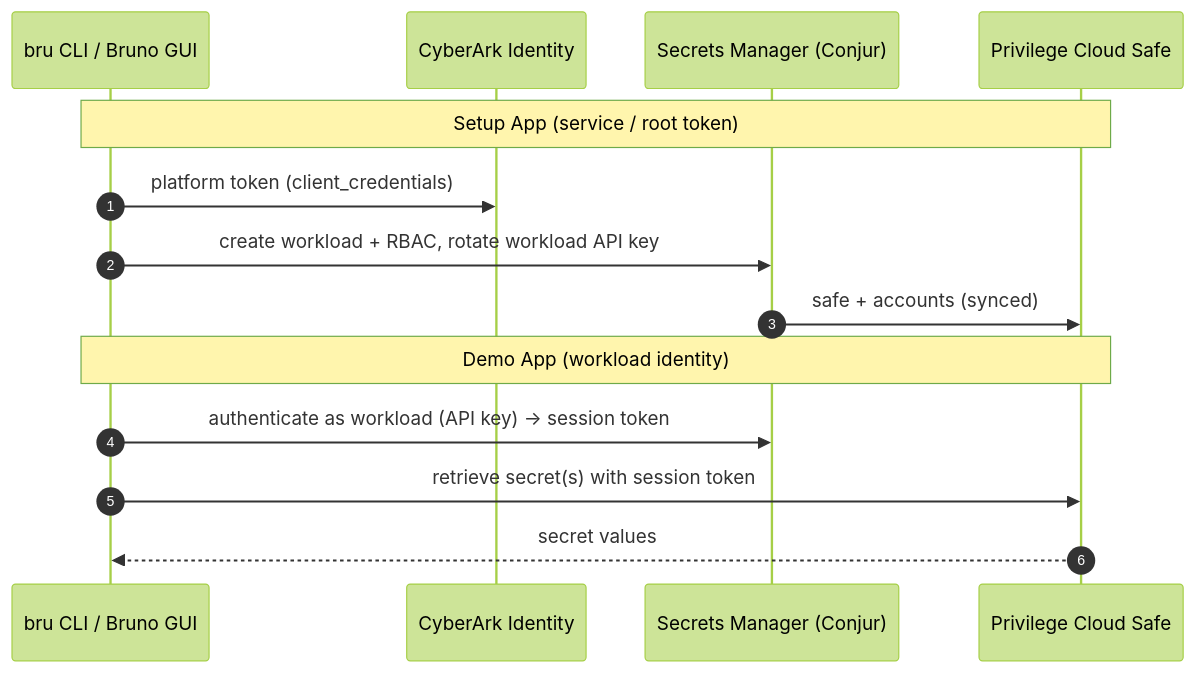
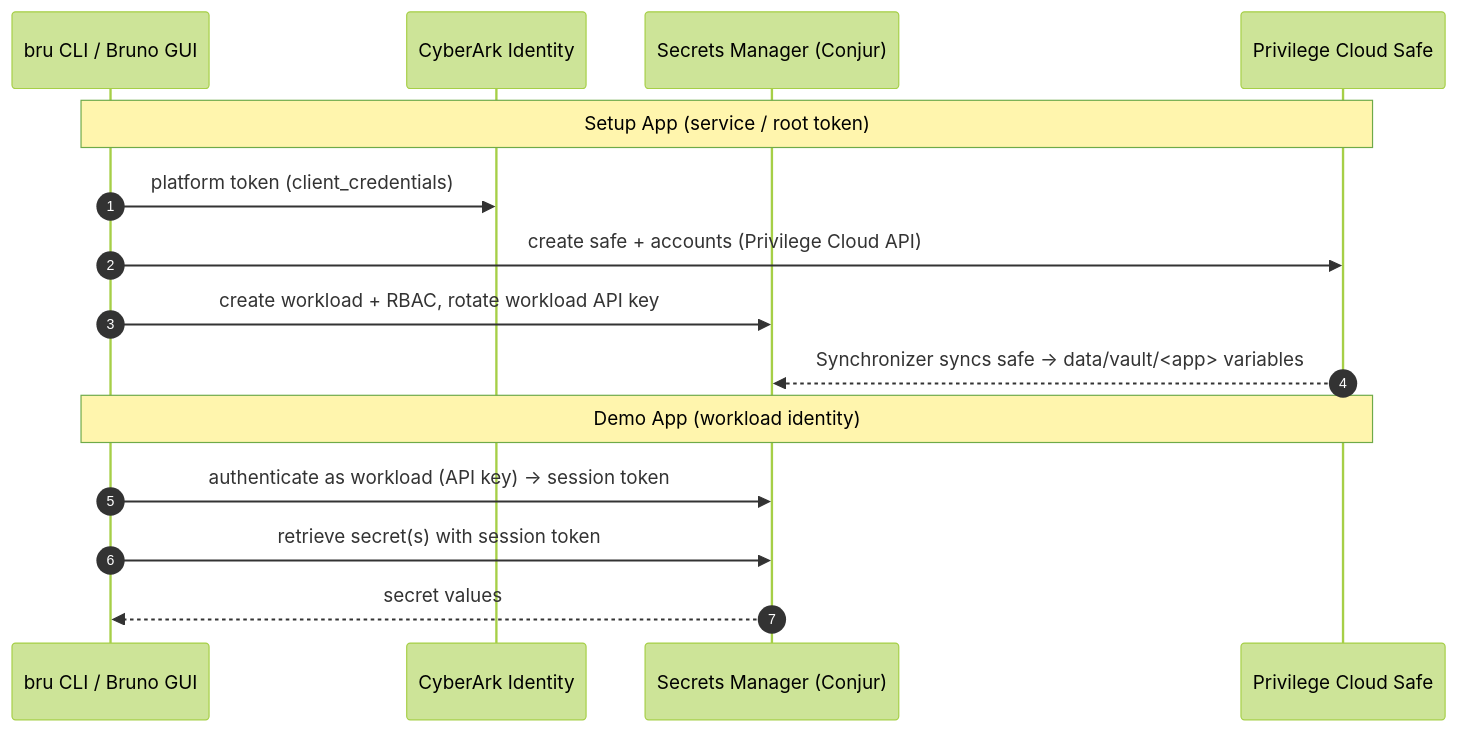
Before and after one commit to David-Lang/cybr-demos: the diagram in demos/secrets_manager/bruno_api/README.md, drawn with Mermaid (forest theme). The commit also changed other lines of this file and 5 other files, not shown here.

````diff
--- a/demos/secrets_manager/bruno_api/README.md
+++ b/demos/secrets_manager/bruno_api/README.md
@@ -33,18 +33,19 @@
 ```mermaid
 sequenceDiagram
     autonumber
     participant CLI as bru CLI / Bruno GUI
     participant ISP as CyberArk Identity
     participant SM as Secrets Manager (Conjur)
     participant Vault as Privilege Cloud Safe
 
     Note over CLI,Vault: Setup App (service / root token)
     CLI->>ISP: platform token (client_credentials)
+    CLI->>Vault: create safe + accounts (Privilege Cloud API)
     CLI->>SM: create workload + RBAC, rotate workload API key
-    SM->>Vault: safe + accounts (synced)
+    Vault-->>SM: Synchronizer syncs safe -> data/vault/<app> variables
 
     Note over CLI,Vault: Demo App (workload identity)
     CLI->>SM: authenticate as workload (API key) -> session token
-    CLI->>Vault: retrieve secret(s) with session token
-    Vault-->>CLI: secret values
+    CLI->>SM: retrieve secret(s) with session token
+    SM-->>CLI: secret values
 ```
````
